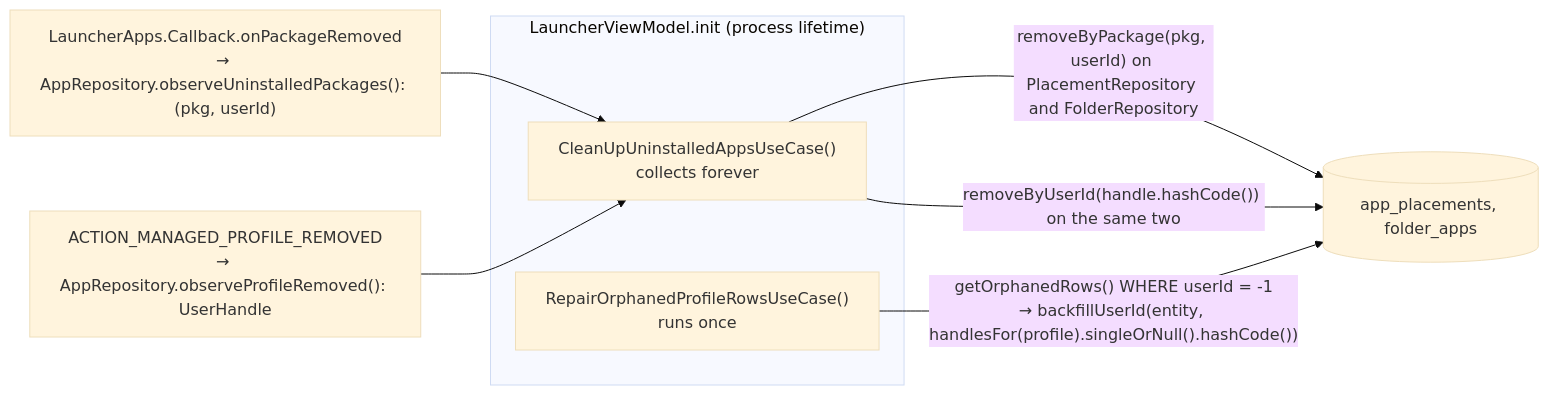
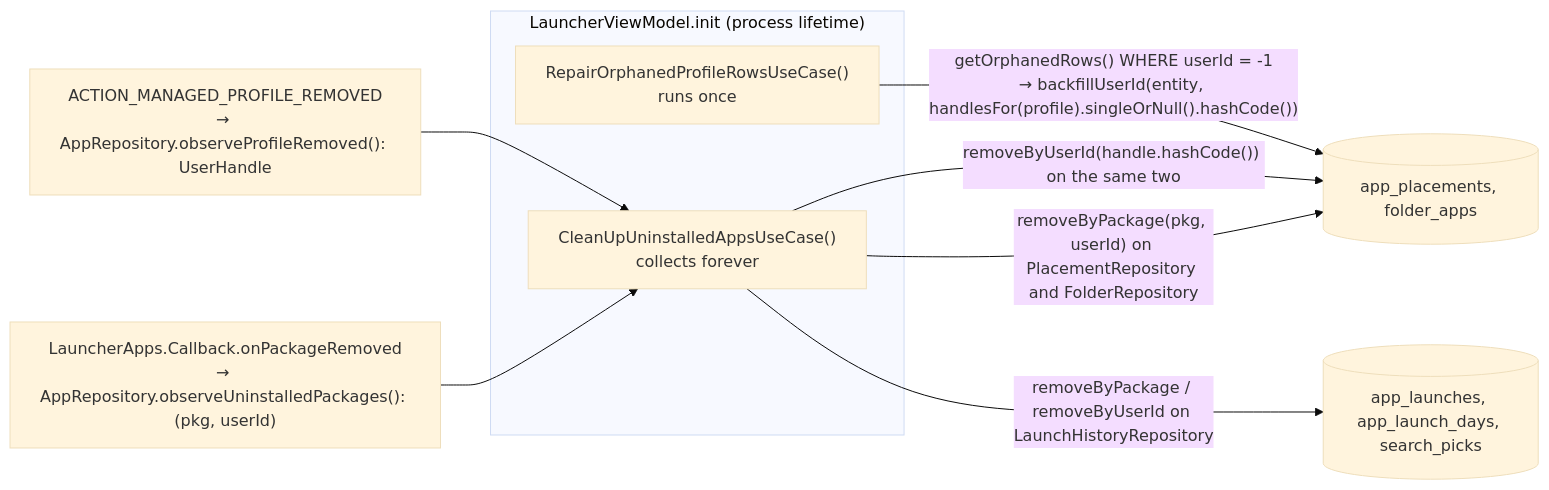
Before and after one commit to rohitganjam/facet-launcher: the third of 3 diagrams in docs/architecture/08-flow-placements.md, drawn with Mermaid (base theme). The commit also changed other lines of this file and 108 other files, not shown here.

````diff
--- a/docs/architecture/08-flow-placements.md
+++ b/docs/architecture/08-flow-placements.md
@@ -84,12 +84,13 @@
 ```mermaid
 flowchart LR
     subgraph LVM["LauncherViewModel.init (process lifetime)"]
         A["CleanUpUninstalledAppsUseCase()\ncollects forever"]
         B["RepairOrphanedProfileRowsUseCase()\nruns once"]
     end
     OS1["LauncherApps.Callback.onPackageRemoved\n→ AppRepository.observeUninstalledPackages(): (pkg, userId)"] --> A
     OS2["ACTION_MANAGED_PROFILE_REMOVED\n→ AppRepository.observeProfileRemoved(): UserHandle"] --> A
     A -- "removeByPackage(pkg, userId) on PlacementRepository and FolderRepository" --> T1[(app_placements, folder_apps)]
     A -- "removeByUserId(handle.hashCode()) on the same two" --> T1
+    A -- "removeByPackage / removeByUserId on LaunchHistoryRepository" --> T2[(app_launches, app_launch_days, search_picks)]
     B -- "getOrphanedRows() WHERE userId = -1\n→ backfillUserId(entity, handlesFor(profile).singleOrNull().hashCode())" --> T1
 ```
````
